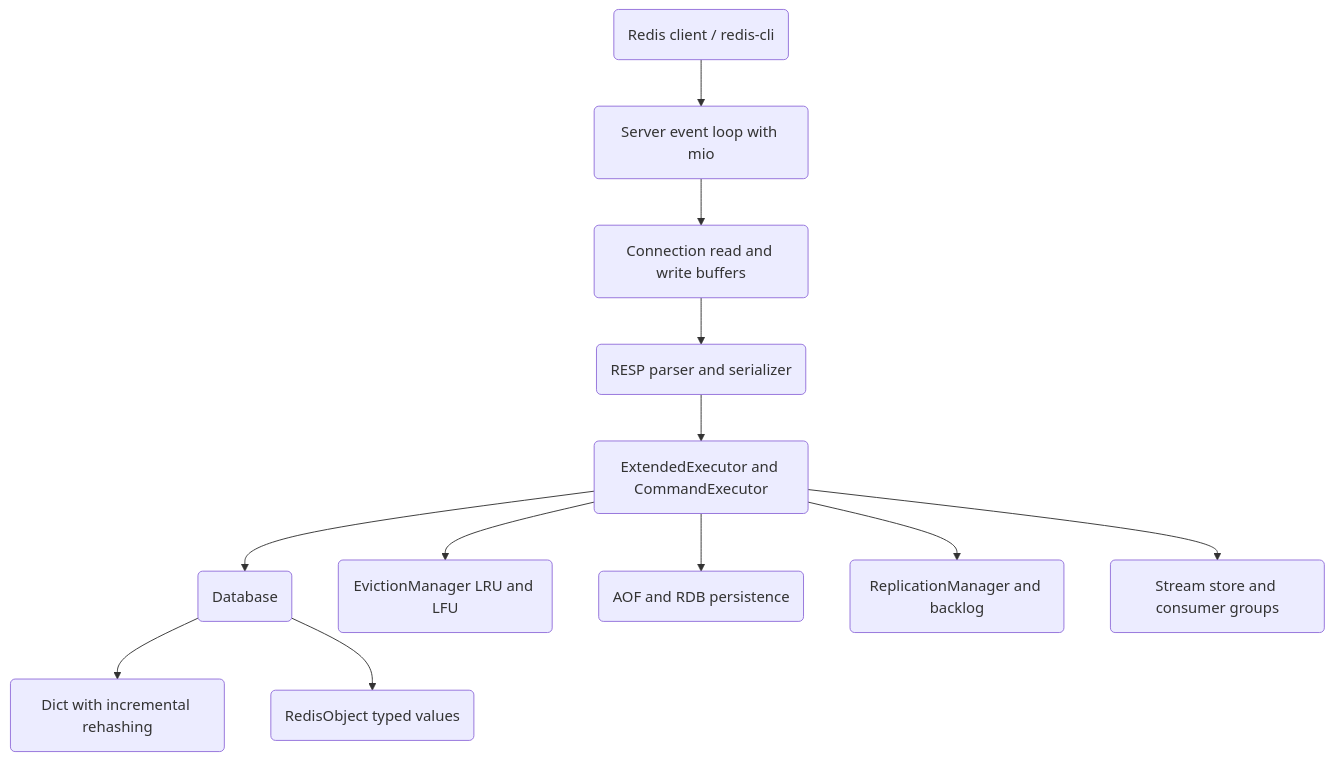
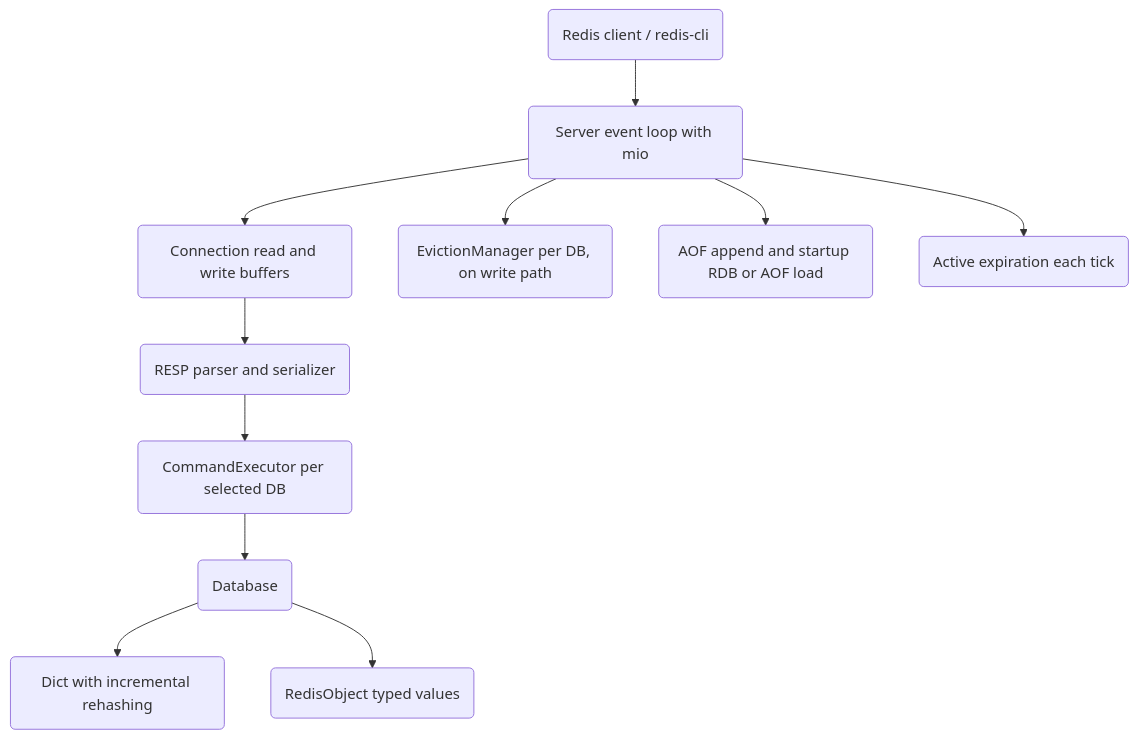
One commit to jchu0/applied-cs-projects changed the diagram in 03-high-performance-cache/README.md. Above: the diagram before and after it, drawn with Mermaid. The commit also changed other lines of this file and 9 other files, not shown here.

First line of the commit message:
Flagship 03: wire persistence/eviction/multi-DB into the live cache server

````diff
--- a/03-high-performance-cache/README.md
+++ b/03-high-performance-cache/README.md
@@ -37,14 +48,13 @@
 ```mermaid
 flowchart TD
     Client(Redis client / redis-cli) --> Server(Server event loop with mio)
     Server --> Conn(Connection read and write buffers)
     Conn --> Parser(RESP parser and serializer)
-    Parser --> Exec(ExtendedExecutor and CommandExecutor)
+    Parser --> Exec(CommandExecutor per selected DB)
     Exec --> DB(Database)
     DB --> Dict(Dict with incremental rehashing)
     DB --> Obj(RedisObject typed values)
-    Exec --> Evict(EvictionManager LRU and LFU)
-    Exec --> Persist(AOF and RDB persistence)
-    Exec --> Repl(ReplicationManager and backlog)
-    Exec --> Stream(Stream store and consumer groups)
+    Server --> Evict(EvictionManager per DB, on write path)
+    Server --> Persist(AOF append and startup RDB or AOF load)
+    Server --> Expire(Active expiration each tick)
 ```
````
